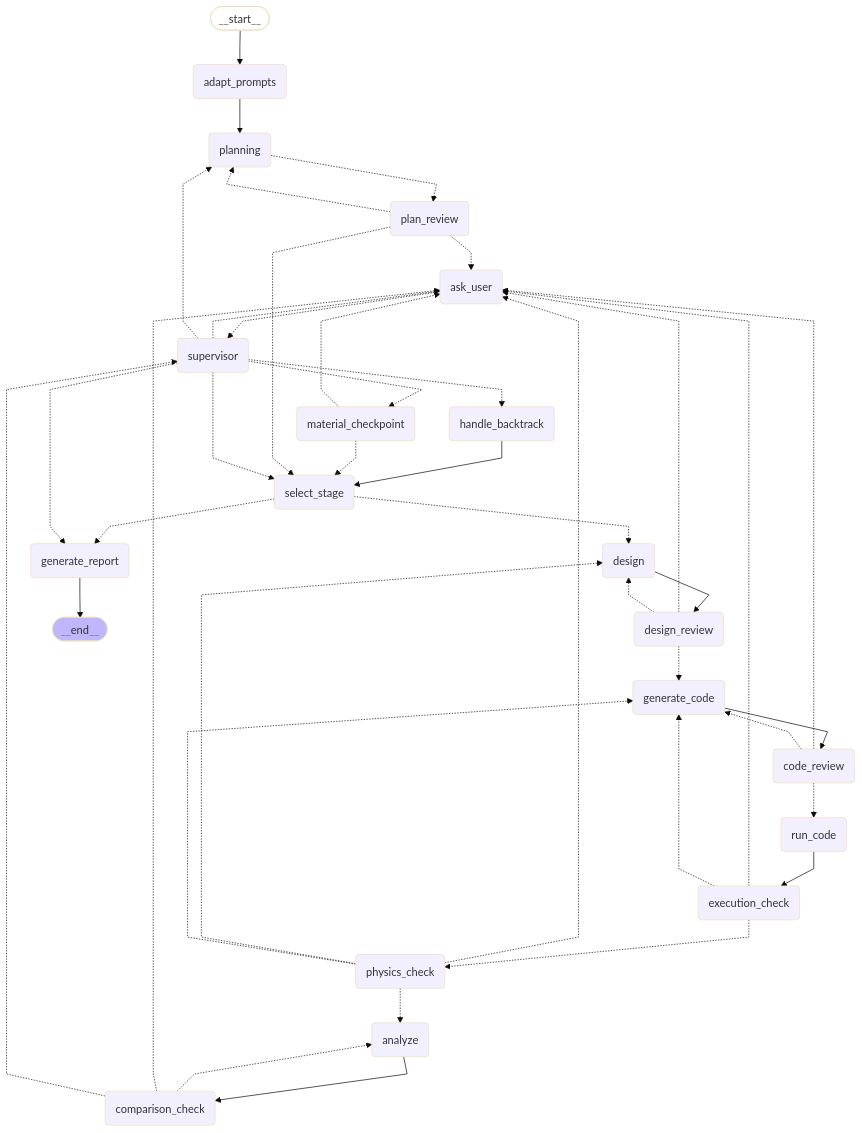
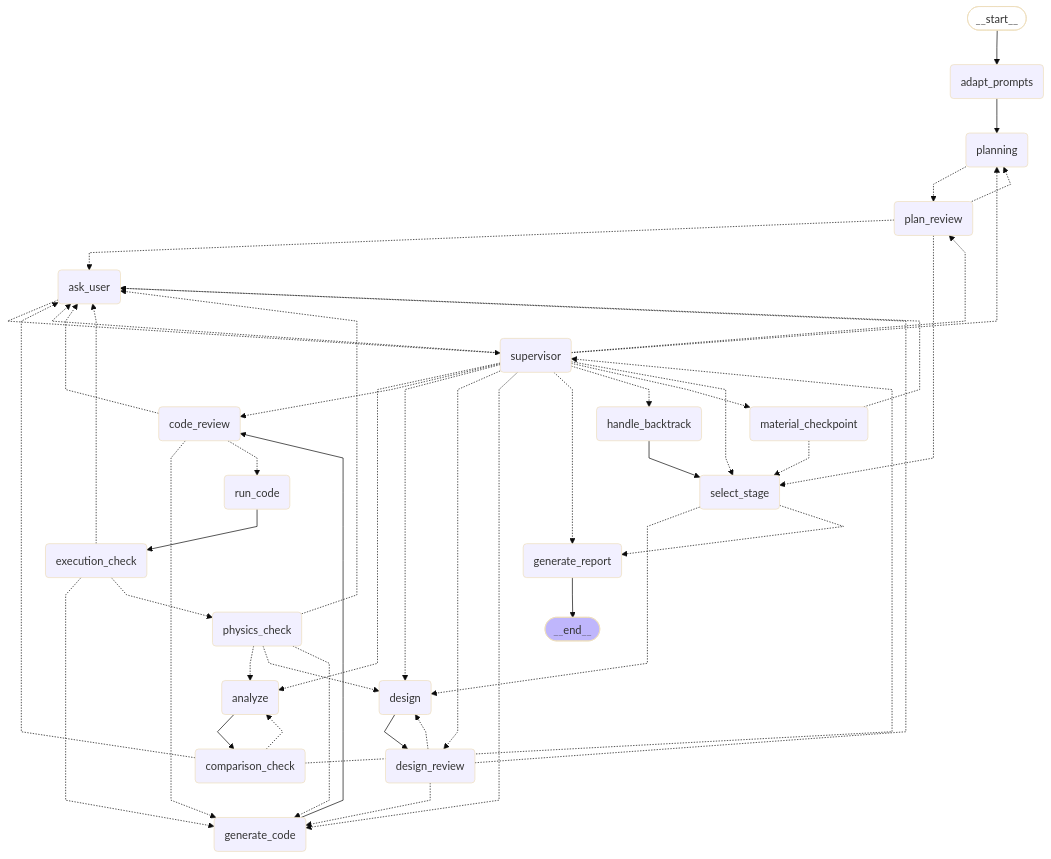
Before and after one commit to shaiber01/biroclick: the diagram in workflow_diagram.mmd, drawn with Mermaid (base theme). The commit also changed 122 other files, not shown here.

First line of the commit message:
Enhance workflow diagrams and update report schema references

```diff
--- a/workflow_diagram.mmd
+++ b/workflow_diagram.mmd
@@ -1,68 +1,74 @@
 ---
 config:
   flowchart:
     curve: linear
 ---
 graph TD;
 	__start__([<p>__start__</p>]):::first
 	adapt_prompts(adapt_prompts)
 	planning(planning)
 	plan_review(plan_review)
 	select_stage(select_stage)
 	design(design)
 	design_review(design_review)
 	code_review(code_review)
 	generate_code(generate_code)
 	run_code(run_code)
 	execution_check(execution_check)
 	physics_check(physics_check)
 	analyze(analyze)
 	comparison_check(comparison_check)
 	supervisor(supervisor)
 	ask_user(ask_user)
 	generate_report(generate_report)
 	handle_backtrack(handle_backtrack)
 	material_checkpoint(material_checkpoint)
 	__end__([<p>__end__</p>]):::last
 	__start__ --> adapt_prompts;
 	adapt_prompts --> planning;
 	analyze --> comparison_check;
 	ask_user -.-> supervisor;
 	code_review -.-> ask_user;
 	code_review -.-> generate_code;
 	code_review -.-> run_code;
 	comparison_check -.-> analyze;
 	comparison_check -.-> ask_user;
 	comparison_check -.-> supervisor;
 	design --> design_review;
 	design_review -.-> ask_user;
 	design_review -.-> design;
 	design_review -.-> generate_code;
 	execution_check -.-> ask_user;
 	execution_check -.-> generate_code;
 	execution_check -.-> physics_check;
 	generate_code --> code_review;
 	handle_backtrack --> select_stage;
 	material_checkpoint -.-> ask_user;
 	material_checkpoint -.-> select_stage;
 	physics_check -.-> analyze;
 	physics_check -.-> ask_user;
 	physics_check -.-> design;
 	physics_check -.-> generate_code;
 	plan_review -.-> ask_user;
 	plan_review -.-> planning;
 	plan_review -.-> select_stage;
 	planning -.-> plan_review;
 	run_code --> execution_check;
 	select_stage -.-> design;
 	select_stage -.-> generate_report;
+	supervisor -.-> analyze;
 	supervisor -.-> ask_user;
+	supervisor -.-> code_review;
+	supervisor -.-> design;
+	supervisor -.-> design_review;
+	supervisor -.-> generate_code;
 	supervisor -.-> generate_report;
 	supervisor -.-> handle_backtrack;
 	supervisor -.-> material_checkpoint;
+	supervisor -.-> plan_review;
 	supervisor -.-> planning;
 	supervisor -.-> select_stage;
 	generate_report --> __end__;
 	classDef default fill:#f2f0ff,line-height:1.2
 	classDef first fill-opacity:0
 	classDef last fill:#bfb6fc
```
